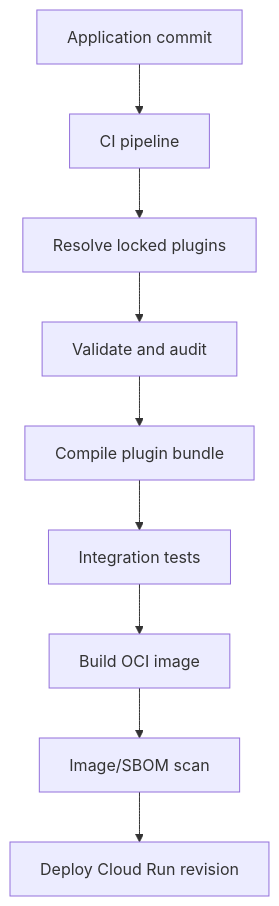
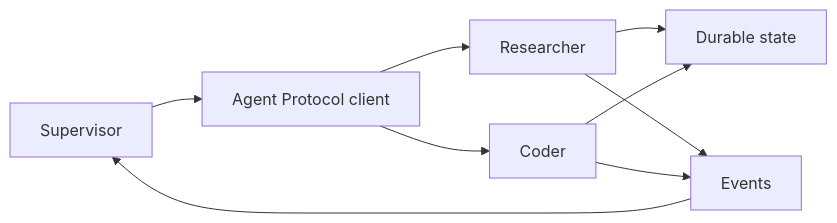
Before and after one commit to yu-iskw/deepagents-plugin-resolver-ts: the sixth of 9 diagrams in RFC.md, drawn with Mermaid. The commit also changed other lines of this file and 3 other files, not shown here.

First line of the commit message:
docs: adopt expanded v2 RFC and update architecture, compatibility, and threat-model docs

````diff
--- a/RFC.md
+++ b/RFC.md
@@ -1529,21 +905,18 @@
 ```mermaid
-flowchart TD
-    Commit["Application commit"]
-    CI["CI pipeline"]
-    Resolve["Resolve locked plugins"]
-    Audit["Validate and audit"]
-    Compile["Compile plugin bundle"]
-    Test["Integration tests"]
-    Image["Build OCI image"]
-    Scan["Image/SBOM scan"]
-    Deploy["Deploy Cloud Run revision"]
+flowchart LR
+    SUP["Supervisor"]
+    AP["Agent Protocol client"]
+    A1["Researcher"]
+    A2["Coder"]
+    STORE["Durable state"]
+    BUS["Events"]
 
-    Commit --> CI
-    CI --> Resolve
-    Resolve --> Audit
-    Audit --> Compile
-    Compile --> Test
-    Test --> Image
-    Image --> Scan
-    Scan --> Deploy
+    SUP --> AP
+    AP --> A1
+    AP --> A2
+    A1 --> STORE
+    A2 --> STORE
+    A1 --> BUS
+    A2 --> BUS
+    BUS --> SUP
 ```
````
